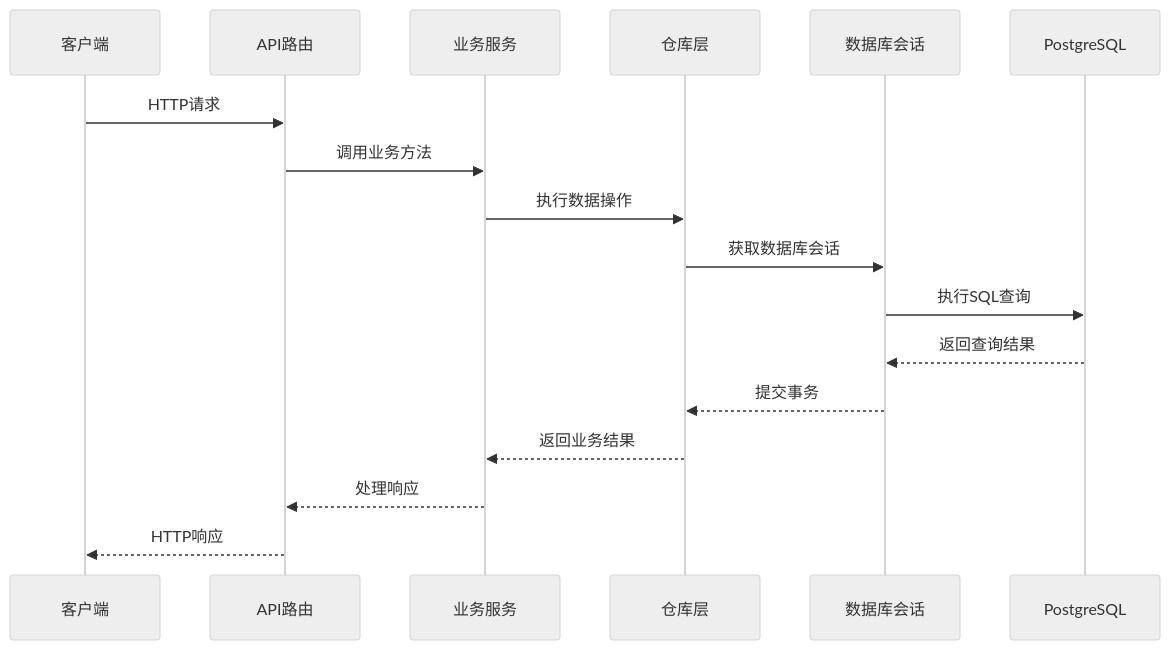
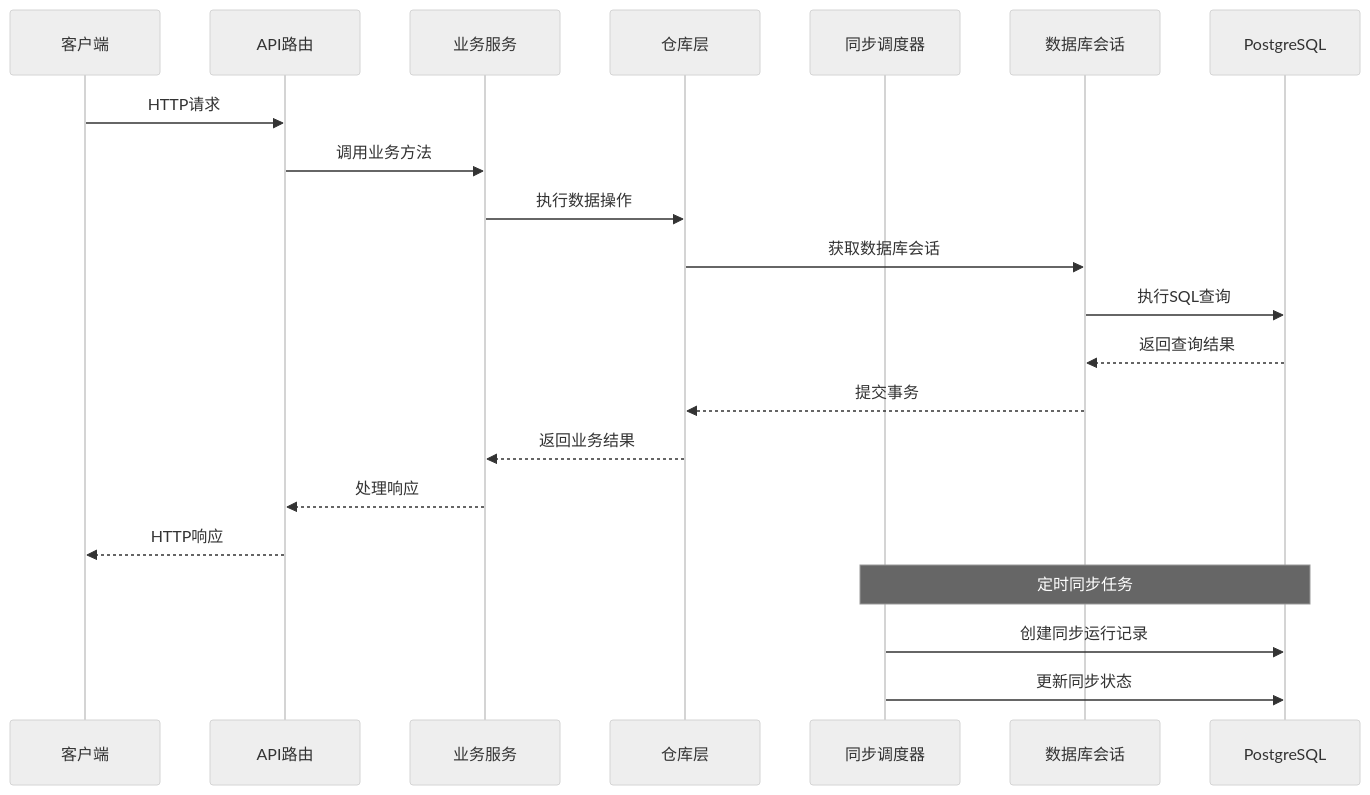
Before and after one commit to joezxh/QuantDinger: the third of 18 diagrams in .qoder/repowiki/zh/content/核心功能模块/数据库现代化与ORM架构.md, drawn with Mermaid (neutral theme). The commit also changed other lines of this file and 71 other files, not shown here.

````diff
--- a/.qoder/repowiki/zh/content/核心功能模块/数据库现代化与ORM架构.md
+++ b/.qoder/repowiki/zh/content/核心功能模块/数据库现代化与ORM架构.md
@@ -228,19 +232,23 @@
 ```mermaid
 sequenceDiagram
 participant Client as 客户端
 participant API as API路由
 participant Service as 业务服务
 participant Repo as 仓库层
+participant Scheduler as 同步调度器
 participant Session as 数据库会话
 participant DB as PostgreSQL
 Client->>API : HTTP请求
 API->>Service : 调用业务方法
 Service->>Repo : 执行数据操作
 Repo->>Session : 获取数据库会话
 Session->>DB : 执行SQL查询
 DB-->>Session : 返回查询结果
 Session-->>Repo : 提交事务
 Repo-->>Service : 返回业务结果
 Service-->>API : 处理响应
 API-->>Client : HTTP响应
+Note over Scheduler,DB : 定时同步任务
+Scheduler->>DB : 创建同步运行记录
+Scheduler->>DB : 更新同步状态
 ```
````
